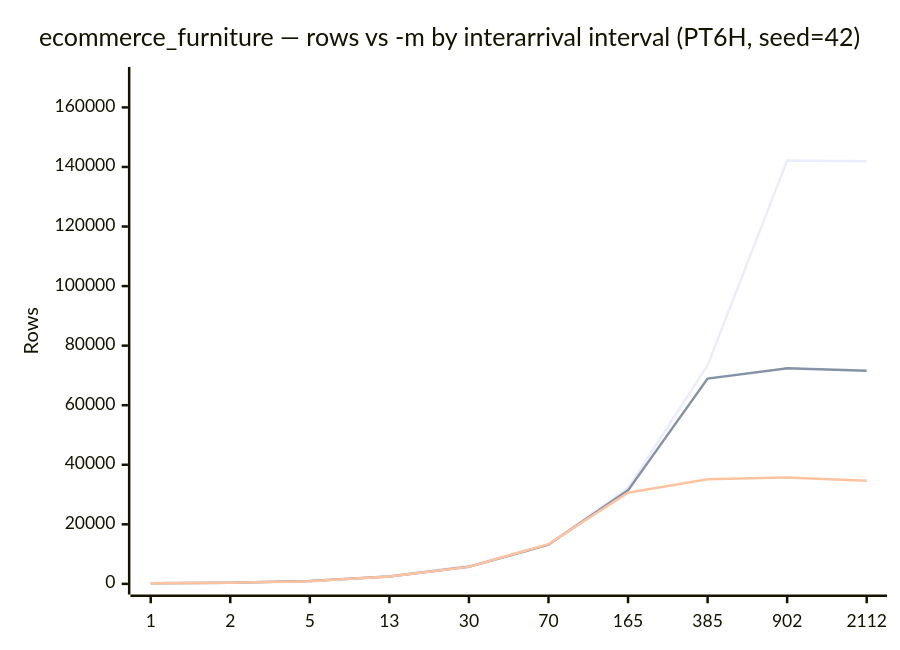
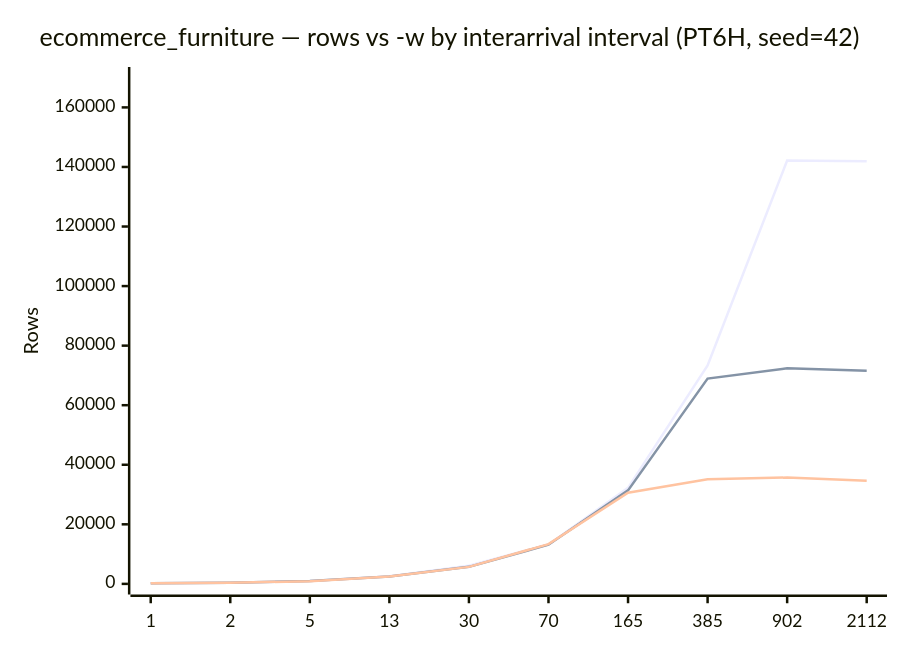
The fifth of 5 diagrams in docs/presets/ecommerce_furniture.md (implydata/imply-eventgenerator), drawn with Mermaid before and after one commit. The commit also changed other lines of this file and 22 other files, not shown here.

````diff
--- a/docs/presets/ecommerce_furniture.md
+++ b/docs/presets/ecommerce_furniture.md
@@ -207,9 +207,9 @@
 ```mermaid
 xychart-beta
-    title "ecommerce_furniture — rows vs -m by interarrival interval (PT6H, seed=42)"
+    title "ecommerce_furniture — rows vs -w by interarrival interval (PT6H, seed=42)"
     x-axis [1, 2, 5, 13, 30, 70, 165, 385, 902, 2112]
     y-axis "Rows" 0 --> 170000
     line [181, 386, 936, 2551, 6089, 13230, 32248, 73385, 142163, 141907]
     line [181, 381, 968, 2448, 5718, 13162, 31399, 68947, 72369, 71584]
     line [183, 361, 909, 2475, 5702, 13362, 30590, 35131, 35711, 34668]
 ```
````
